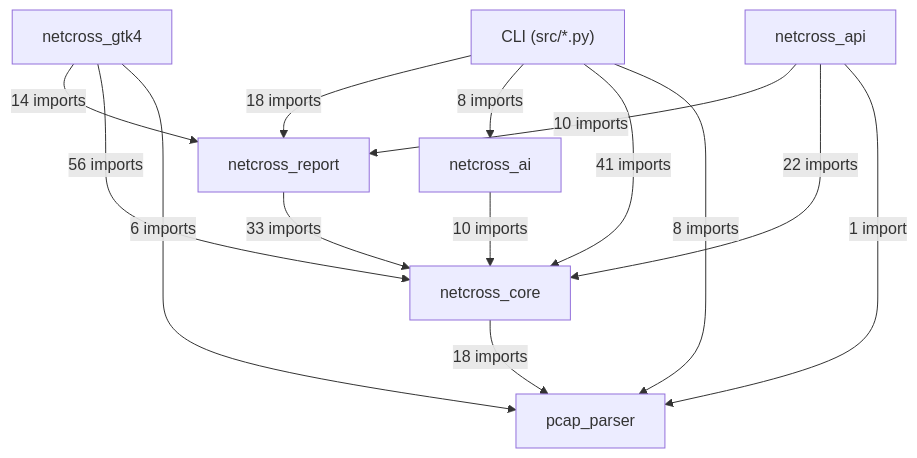
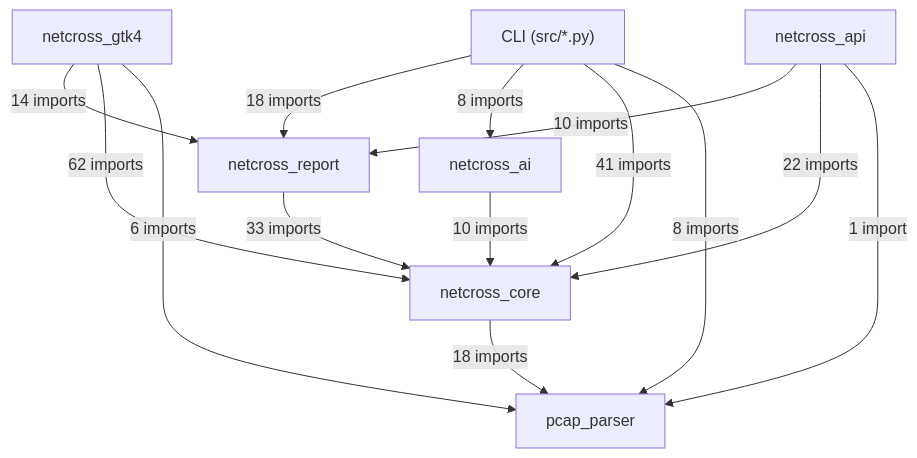
The first of 19 diagrams in docs/class-diagram.md (Mathide-Team/Netcross), drawn with Mermaid before and after one commit. The commit also changed other lines of this file and 8 other files, not shown here.

````diff
--- a/docs/class-diagram.md
+++ b/docs/class-diagram.md
@@ -26,23 +26,23 @@
 ```mermaid
 flowchart TD
     CLI["CLI (src/*.py)"]
     netcross_gtk4["netcross_gtk4"]
     netcross_api["netcross_api"]
     netcross_report["netcross_report"]
     netcross_ai["netcross_ai"]
     netcross_core["netcross_core"]
     pcap_parser["pcap_parser"]
     CLI -->|"18 imports"| netcross_report
     CLI -->|"8 imports"| netcross_ai
     CLI -->|"41 imports"| netcross_core
     CLI -->|"8 imports"| pcap_parser
     netcross_gtk4 -->|"14 imports"| netcross_report
-    netcross_gtk4 -->|"56 imports"| netcross_core
+    netcross_gtk4 -->|"62 imports"| netcross_core
     netcross_gtk4 -->|"6 imports"| pcap_parser
     netcross_api -->|"10 imports"| netcross_report
     netcross_api -->|"22 imports"| netcross_core
     netcross_api -->|"1 import"| pcap_parser
     netcross_report -->|"33 imports"| netcross_core
     netcross_ai -->|"10 imports"| netcross_core
     netcross_core -->|"18 imports"| pcap_parser
 ```
````
